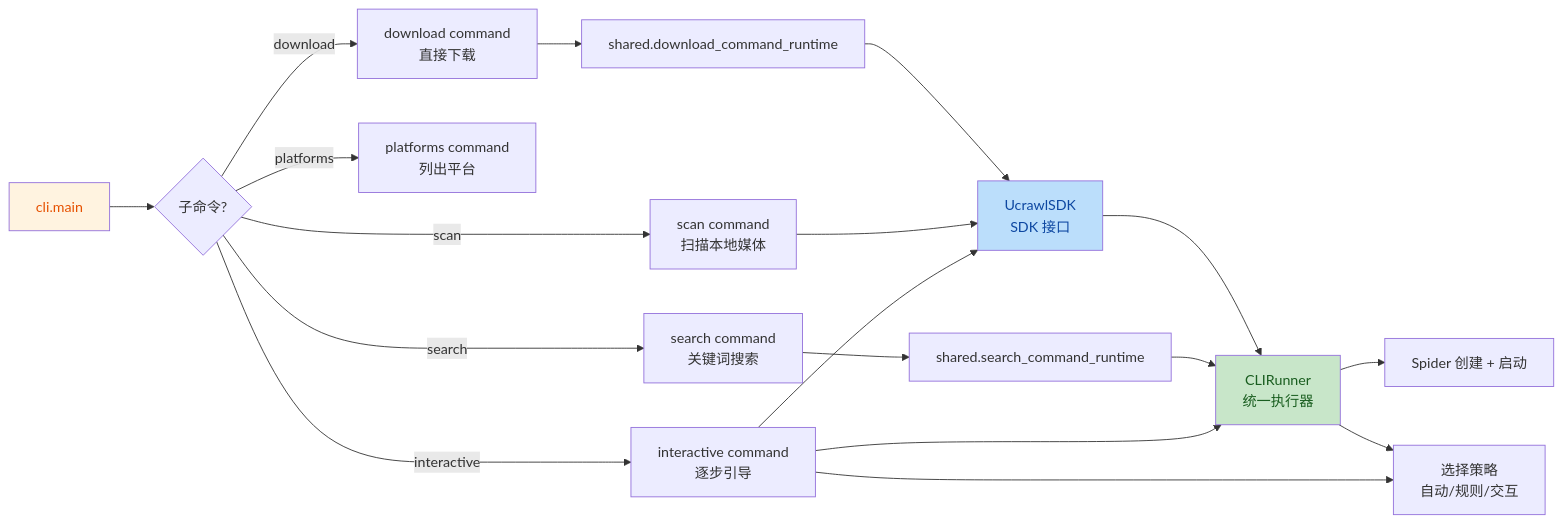
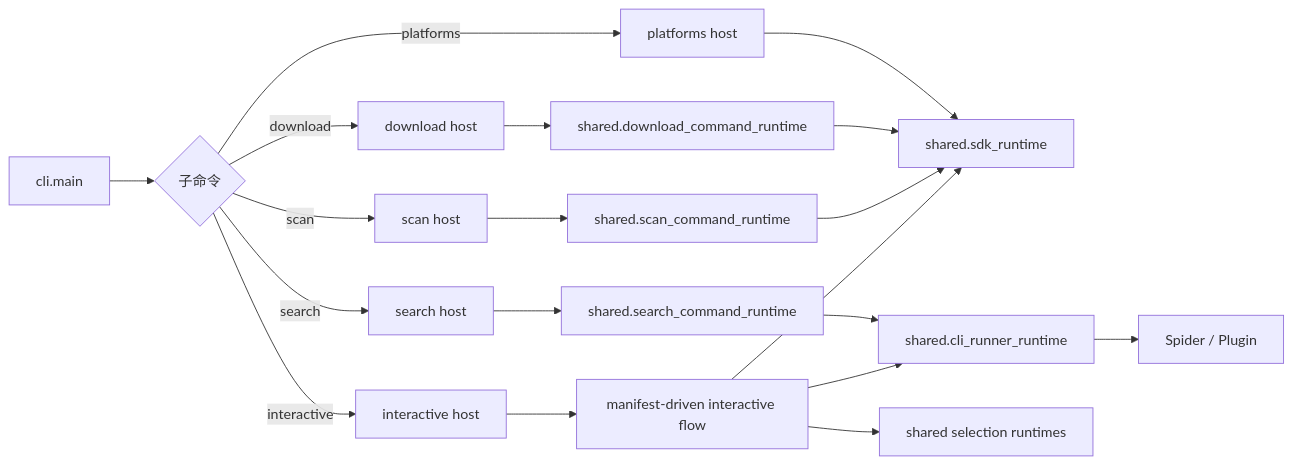
Before and after one commit to haohaizi554/UniversalCrawler: the second of 5 diagrams in mermaid/07-cli-sdk-runtime.md, drawn with Mermaid. The commit also changed other lines of this file and 7 other files, not shown here.

Commit message:
docs: publish plugin-driven CLI runtime architecture

````diff
--- a/mermaid/07-cli-sdk-runtime.md
+++ b/mermaid/07-cli-sdk-runtime.md
@@ -83,28 +90,25 @@
 ```mermaid
 flowchart LR
-    Main["cli.main"] --> Sub{"子命令?"}
-    
-    Sub -->|search| Search["search command<br/>关键词搜索"]
-    Sub -->|download| Download["download command<br/>直接下载"]
-    Sub -->|interactive| Interactive["interactive command<br/>逐步引导"]
-    Sub -->|scan| Scan["scan command<br/>扫描本地媒体"]
-    Sub -->|platforms| Platforms["platforms command<br/>列出平台"]
-    
-    Search --> SearchRt["shared.search_command_runtime"]
-    Download --> DownloadRt["shared.download_command_runtime"]
-    Interactive --> SDKRt
-    Interactive --> Runner
-    Interactive --> Selection
-    Scan --> SDKRt
-    
-    SearchRt --> Runner["CLIRunner<br/>统一执行器"]
-    DownloadRt --> SDKRt["UcrawlSDK<br/>SDK 接口"]
-    SDKRt --> Runner
-    
-    Runner --> Spider["Spider 创建 + 启动"]
-    Runner --> Selection["选择策略<br/>自动/规则/交互"]
+    Main["cli.main"] --> Dispatch{"子命令"}
 
-    style Main fill:#fff3e0,color:#e65100
-    style Runner fill:#c8e6c9,color:#1a5e20
-    style SDKRt fill:#bbdefb,color:#0d47a1
+    Dispatch -->|search| SearchHost["search host"]
+    Dispatch -->|download| DownloadHost["download host"]
+    Dispatch -->|scan| ScanHost["scan host"]
+    Dispatch -->|platforms| PlatformsHost["platforms host"]
+    Dispatch -->|interactive| InteractiveHost["interactive host"]
+
+    SearchHost --> SearchRt["shared.search_command_runtime"]
+    DownloadHost --> DownloadRt["shared.download_command_runtime"]
+    ScanHost --> ScanRt["shared.scan_command_runtime"]
+    PlatformsHost --> SDKRt["shared.sdk_runtime"]
+    InteractiveHost --> InteractiveFlow["manifest-driven interactive flow"]
+
+    SearchRt --> Runner["shared.cli_runner_runtime"]
+    DownloadRt --> SDKRt
+    ScanRt --> SDKRt
+    InteractiveFlow --> SDKRt
+    InteractiveFlow --> Runner
+    InteractiveFlow --> Selection["shared selection runtimes"]
+
+    Runner --> Plugin["Spider / Plugin"]
 ```
````
